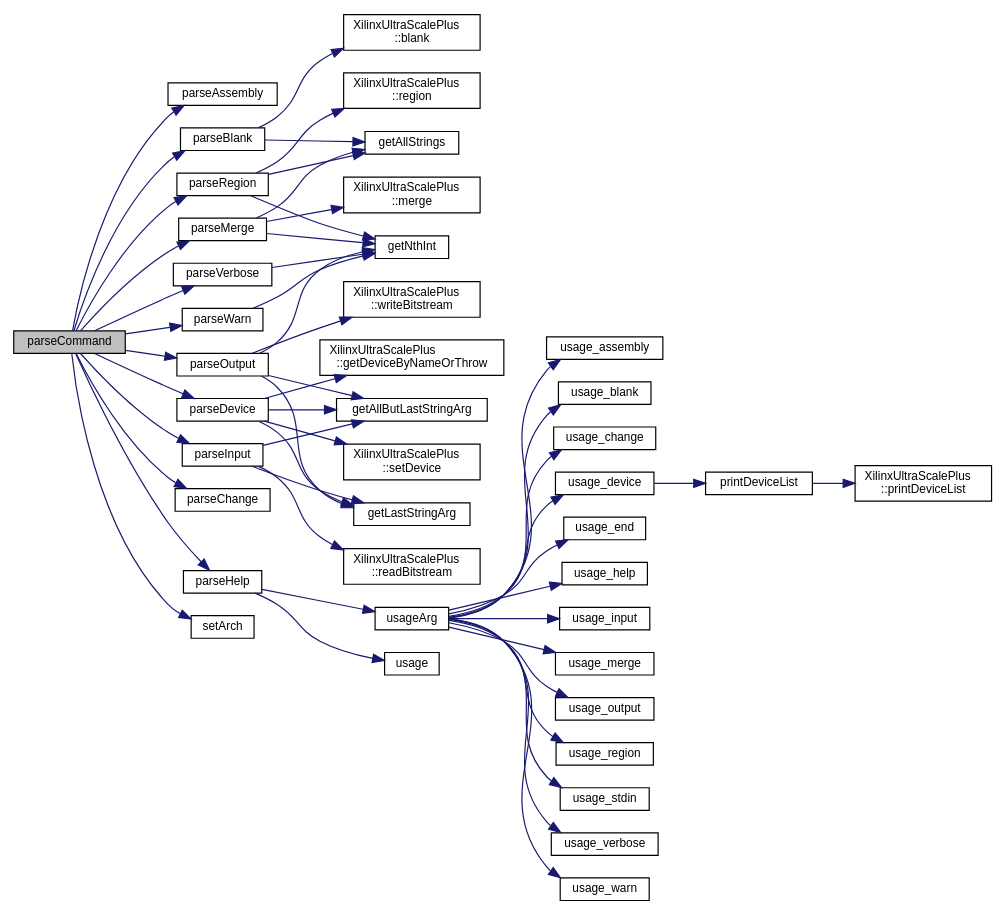
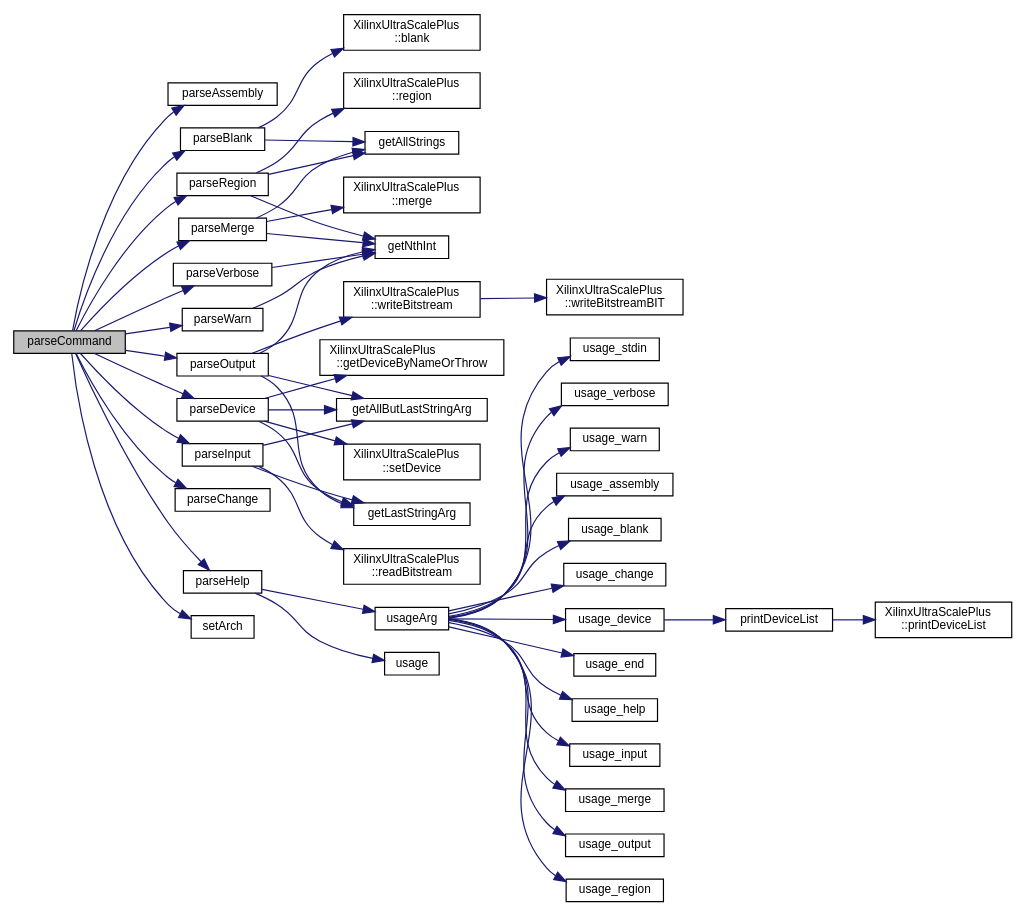
Before and after one commit to FPGA-Research-Manchester/byteman: the diagram in byteman_8cpp_a913ad3944130fafece24fe460db9b6aa_cgraph.dot, drawn with Graphviz. The commit also changed 92 other files, not shown here.

```diff
--- a/byteman_8cpp_a913ad3944130fafece24fe460db9b6aa_cgraph.dot
+++ b/byteman_8cpp_a913ad3944130fafece24fe460db9b6aa_cgraph.dot
@@ -82,18 +82,20 @@
   Node35 -> Node33 [color="midnightblue",fontsize="10",style="solid",fontname="Helvetica"];
   Node35 -> Node36 [color="midnightblue",fontsize="10",style="solid",fontname="Helvetica"];
   Node36 [label="XilinxUltraScalePlus\l::writeBitstream",height=0.2,width=0.4,color="black", fillcolor="white", style="filled",URL="$classXilinxUltraScalePlus.html#aecdb65a64d91cb6bcc3a920ac6e55692",tooltip=" "];
-  Node1 -> Node37 [color="midnightblue",fontsize="10",style="solid",fontname="Helvetica"];
-  Node37 [label="parseRegion",height=0.2,width=0.4,color="black", fillcolor="white", style="filled",URL="$byteman_8cpp.html#a65e06ace3e66b81b8ec14ec72dae1830",tooltip=" "];
-  Node37 -> Node5 [color="midnightblue",fontsize="10",style="solid",fontname="Helvetica"];
-  Node37 -> Node33 [color="midnightblue",fontsize="10",style="solid",fontname="Helvetica"];
-  Node37 -> Node38 [color="midnightblue",fontsize="10",style="solid",fontname="Helvetica"];
-  Node38 [label="XilinxUltraScalePlus\l::region",height=0.2,width=0.4,color="black", fillcolor="white", style="filled",URL="$classXilinxUltraScalePlus.html#ab0f4022be98e6a142e5a9331e7ed79ea",tooltip=" "];
-  Node1 -> Node39 [color="midnightblue",fontsize="10",style="solid",fontname="Helvetica"];
-  Node39 [label="parseVerbose",height=0.2,width=0.4,color="black", fillcolor="white", style="filled",URL="$byteman_8cpp.html#acd26748fd11d0a0c11b892dbbb8dde7c",tooltip=" "];
-  Node39 -> Node33 [color="midnightblue",fontsize="10",style="solid",fontname="Helvetica"];
+  Node36 -> Node37 [color="midnightblue",fontsize="10",style="solid",fontname="Helvetica"];
+  Node37 [label="XilinxUltraScalePlus\l::writeBitstreamBIT",height=0.2,width=0.4,color="black", fillcolor="white", style="filled",URL="$classXilinxUltraScalePlus.html#a84674d061a521a9cf9a7e9ce3cb732e2",tooltip=" "];
+  Node1 -> Node38 [color="midnightblue",fontsize="10",style="solid",fontname="Helvetica"];
+  Node38 [label="parseRegion",height=0.2,width=0.4,color="black", fillcolor="white", style="filled",URL="$byteman_8cpp.html#a65e06ace3e66b81b8ec14ec72dae1830",tooltip=" "];
+  Node38 -> Node5 [color="midnightblue",fontsize="10",style="solid",fontname="Helvetica"];
+  Node38 -> Node33 [color="midnightblue",fontsize="10",style="solid",fontname="Helvetica"];
+  Node38 -> Node39 [color="midnightblue",fontsize="10",style="solid",fontname="Helvetica"];
+  Node39 [label="XilinxUltraScalePlus\l::region",height=0.2,width=0.4,color="black", fillcolor="white", style="filled",URL="$classXilinxUltraScalePlus.html#ab0f4022be98e6a142e5a9331e7ed79ea",tooltip=" "];
   Node1 -> Node40 [color="midnightblue",fontsize="10",style="solid",fontname="Helvetica"];
-  Node40 [label="parseWarn",height=0.2,width=0.4,color="black", fillcolor="white", style="filled",URL="$byteman_8cpp.html#a8f7be31e158a1af17d28b26fdcb8653d",tooltip=" "];
+  Node40 [label="parseVerbose",height=0.2,width=0.4,color="black", fillcolor="white", style="filled",URL="$byteman_8cpp.html#acd26748fd11d0a0c11b892dbbb8dde7c",tooltip=" "];
   Node40 -> Node33 [color="midnightblue",fontsize="10",style="solid",fontname="Helvetica"];
   Node1 -> Node41 [color="midnightblue",fontsize="10",style="solid",fontname="Helvetica"];
-  Node41 [label="setArch",height=0.2,width=0.4,color="black", fillcolor="white", style="filled",URL="$byteman_8cpp.html#a098d934d069c59b7087c186b8fae2ef6",tooltip=" "];
+  Node41 [label="parseWarn",height=0.2,width=0.4,color="black", fillcolor="white", style="filled",URL="$byteman_8cpp.html#a8f7be31e158a1af17d28b26fdcb8653d",tooltip=" "];
+  Node41 -> Node33 [color="midnightblue",fontsize="10",style="solid",fontname="Helvetica"];
+  Node1 -> Node42 [color="midnightblue",fontsize="10",style="solid",fontname="Helvetica"];
+  Node42 [label="setArch",height=0.2,width=0.4,color="black", fillcolor="white", style="filled",URL="$byteman_8cpp.html#a098d934d069c59b7087c186b8fae2ef6",tooltip=" "];
 }
```
